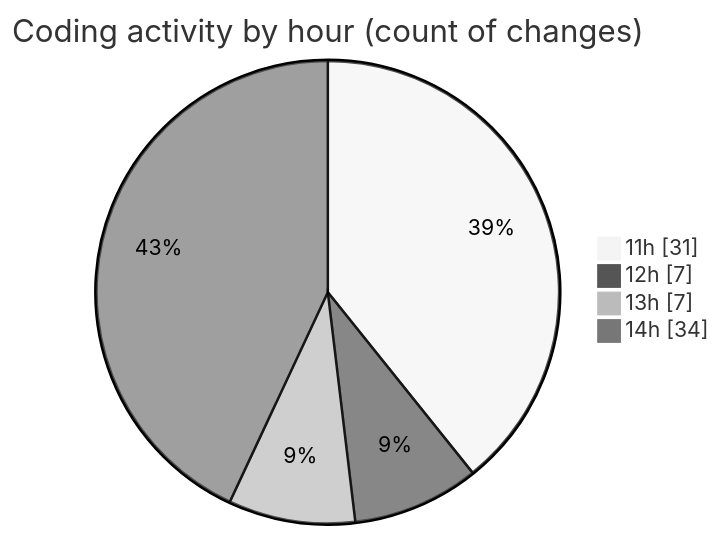
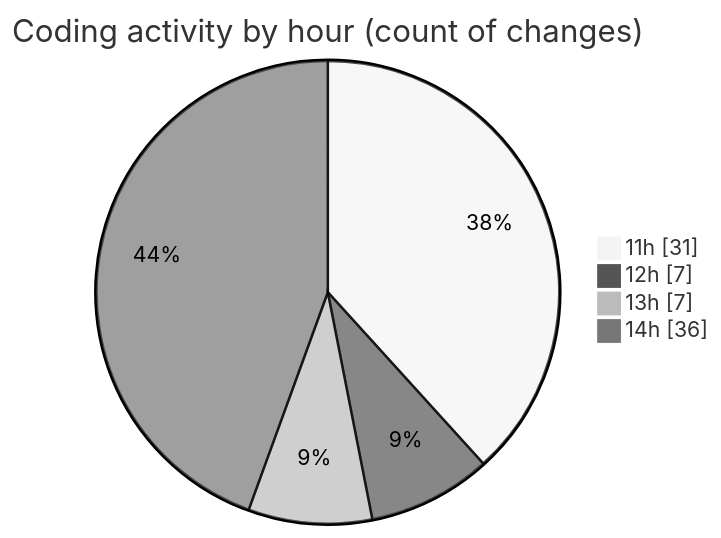
Before and after one commit to nxtqubesakshisongat/code-tracking: the second of 2 diagrams in 2025-07-23/nxtqube_webapp/README.md, drawn with Mermaid (neutral theme). The commit also changed other lines of this file and 1 other file, not shown here.

````diff
--- a/2025-07-23/nxtqube_webapp/README.md
+++ b/2025-07-23/nxtqube_webapp/README.md
@@ -51,8 +51,8 @@
 ```mermaid
 pie showData
 title Coding activity by hour (count of changes)
 "11h" : 31
 "12h" : 7
 "13h" : 7
-"14h" : 34
+"14h" : 36
 ```
````
